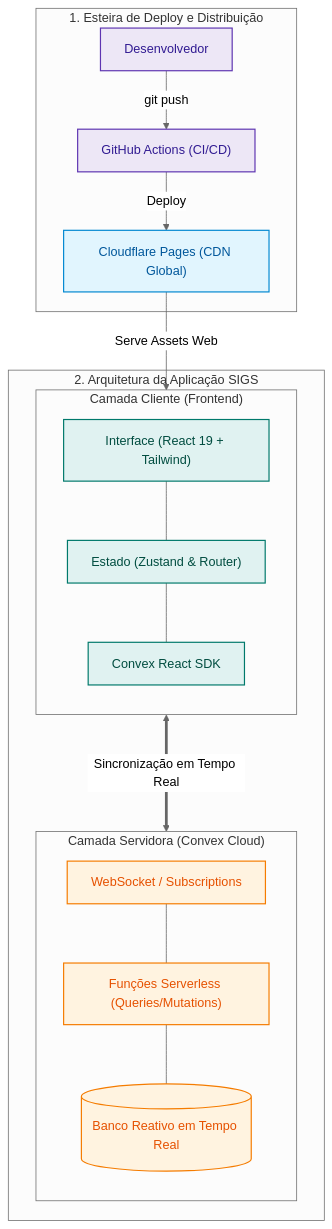
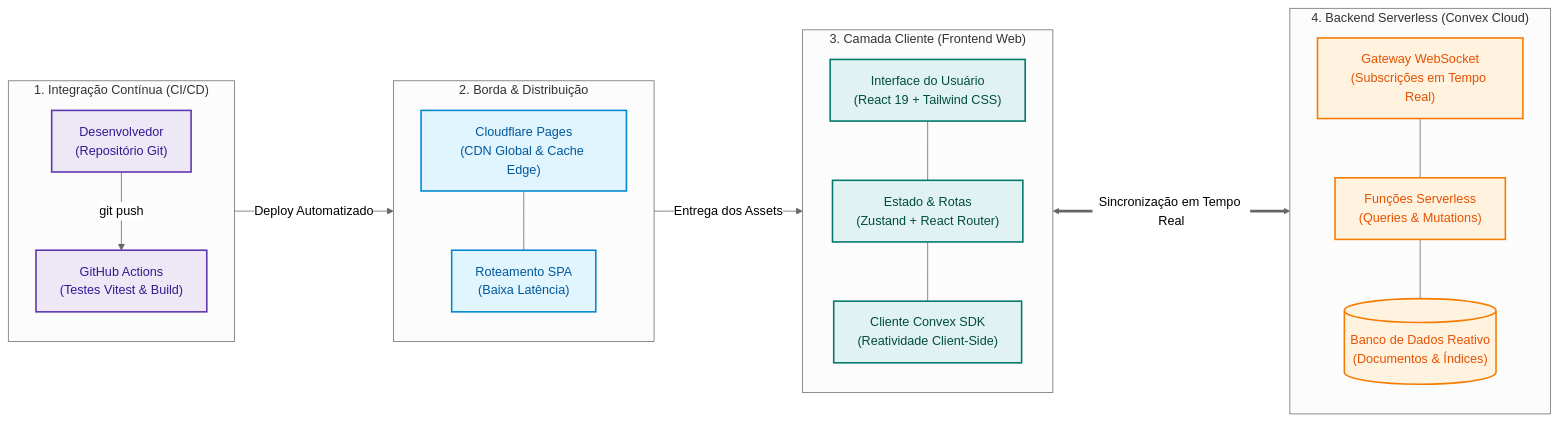
The first of 3 diagrams in README.md (Luann8/sigs-apps-online), drawn with Mermaid (neutral theme) before and after one commit.

````diff
--- a/README.md
+++ b/README.md
@@ -10,43 +10,53 @@
 ```mermaid
-flowchart TD
-    %% Estilos de cores
-    classDef cicd fill:#EDE7F6,stroke:#5E35B1,stroke-width:1.5px,color:#311B92;
-    classDef edge fill:#E1F5FE,stroke:#0288D1,stroke-width:1.5px,color:#01579B;
-    classDef client fill:#E0F2F1,stroke:#00796B,stroke-width:1.5px,color:#004D40;
-    classDef backend fill:#FFF3E0,stroke:#F57C00,stroke-width:1.5px,color:#E65100;
+flowchart LR
+    %% Estilos de cores padronizados
+    classDef cicd fill:#EDE7F6,stroke:#5E35B1,stroke-width:2px,color:#311B92;
+    classDef edge fill:#E1F5FE,stroke:#0288D1,stroke-width:2px,color:#01579B;
+    classDef client fill:#E0F2F1,stroke:#00796B,stroke-width:2px,color:#004D40;
+    classDef backend fill:#FFF3E0,stroke:#F57C00,stroke-width:2px,color:#E65100;
 
-    %% Camada de Entrega (Topo)
-    subgraph DEPLOY ["1. Esteira de Deploy e Distribuição"]
-        DEV["Desenvolvedor"] -->|"git push"| GHA["GitHub Actions (CI/CD)"]
-        GHA -->|"Deploy"| CF["Cloudflare Pages (CDN Global)"]
+    %% 1. CI/CD
+    subgraph CI_CD ["1. Integração Contínua (CI/CD)"]
+        direction TB
+        DEV["Desenvolvedor<br/>(Repositório Git)"]
+        GHA["GitHub Actions<br/>(Testes Vitest & Build)"]
+        DEV -->|"git push"| GHA
     end
 
-    %% Camada de Execução (Base)
-    subgraph APP ["2. Arquitetura da Aplicação SIGS"]
-        subgraph FRONTEND ["Camada Cliente (Frontend)"]
-            direction TB
-            UI["Interface (React 19 + Tailwind)"]
-            STORE["Estado (Zustand & Router)"]
-            SDK["Convex React SDK"]
-            UI --- STORE --- SDK
-        end
-
-        subgraph BACKEND ["Camada Servidora (Convex Cloud)"]
-            direction TB
-            WS["WebSocket / Subscriptions"]
-            FN["Funções Serverless (Queries/Mutations)"]
-            DB[("Banco Reativo em Tempo Real")]
-            WS --- FN --- DB
-        end
+    %% 2. Edge / Hospedagem
+    subgraph EDGE ["2. Borda & Distribuição"]
+        direction TB
+        CF["Cloudflare Pages<br/>(CDN Global & Cache Edge)"]
+        SPA["Roteamento SPA<br/>(Baixa Latência)"]
+        CF --- SPA
     end
 
-    %% Interligações
-    CF -->|"Serve Assets Web"| UI
+    %% 3. Frontend
+    subgraph FRONTEND ["3. Camada Cliente (Frontend Web)"]
+        direction TB
+        UI["Interface do Usuário<br/>(React 19 + Tailwind CSS)"]
+        STORE["Estado & Rotas<br/>(Zustand + React Router)"]
+        SDK["Cliente Convex SDK<br/>(Reatividade Client-Side)"]
+        UI --- STORE --- SDK
+    end
+
+    %% 4. Backend Serverless
+    subgraph BACKEND ["4. Backend Serverless (Convex Cloud)"]
+        direction TB
+        WS["Gateway WebSocket<br/>(Subscrições em Tempo Real)"]
+        FN["Funções Serverless<br/>(Queries & Mutations)"]
+        DB[("Banco de Dados Reativo<br/>(Documentos & Índices)")]
+        WS --- FN --- DB
+    end
+
+    %% Conexões entre camadas
+    GHA -->|"Deploy Automatizado"| CF
+    CF -->|"Entrega dos Assets"| UI
     SDK <===>|"Sincronização em Tempo Real"| WS
 
     %% Aplicação de classes
     class DEV,GHA cicd;
-    class CF edge;
+    class CF,SPA edge;
     class UI,STORE,SDK client;
     class WS,FN,DB backend;
 ```
````
